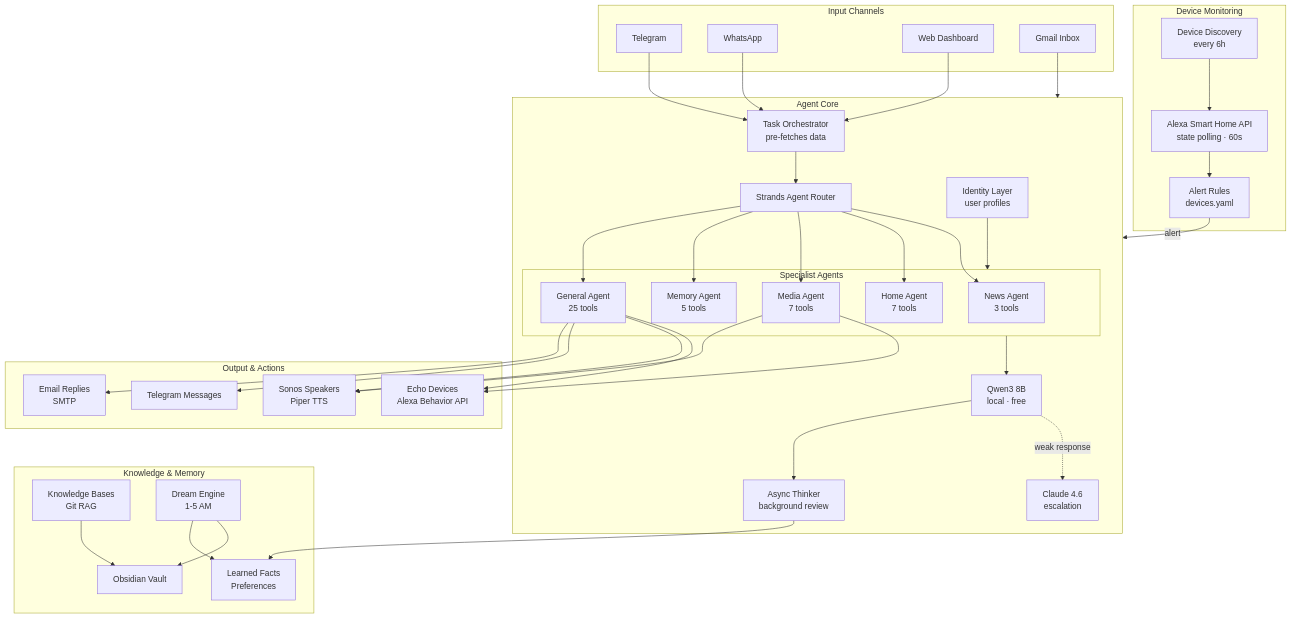
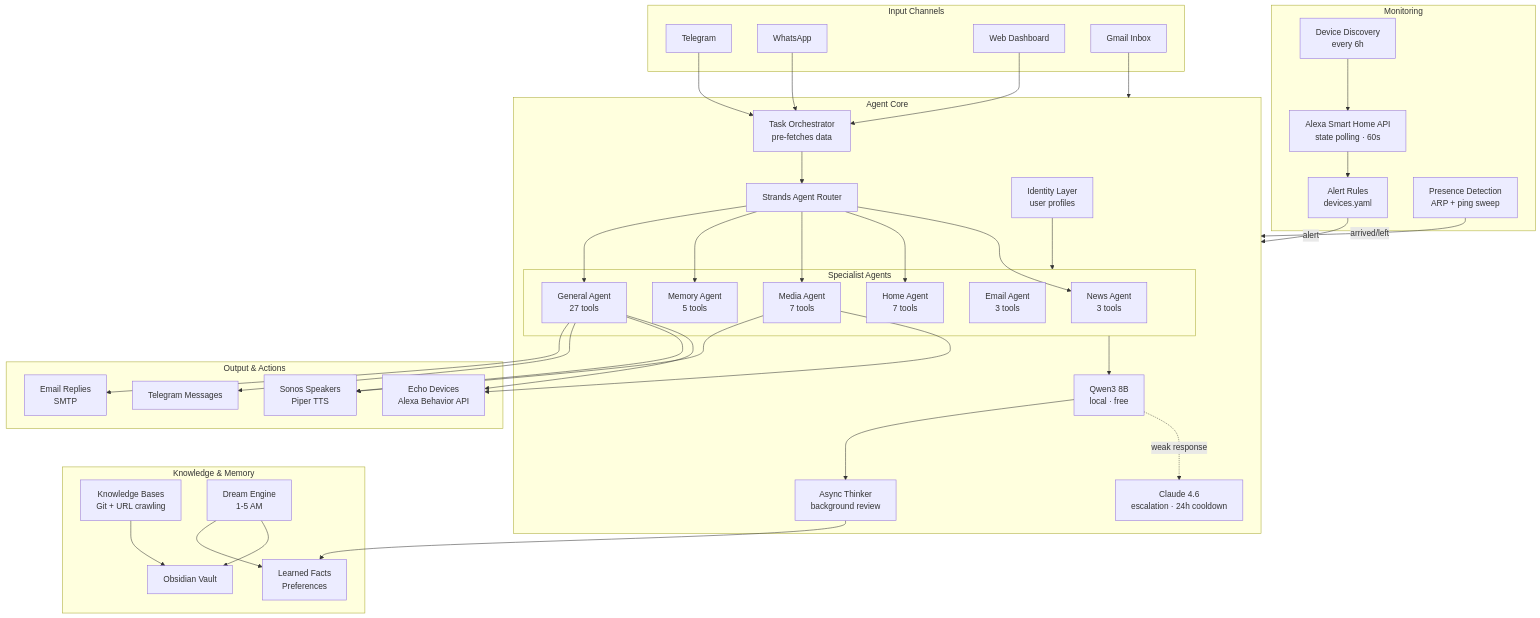
Before and after one commit to sdpoueme/vertex-nova: the first of 3 diagrams in README.md, drawn with Mermaid. The commit also changed other lines of this file and 1 other file, not shown here.

Commit message:
Docs: presence detection, URL KB crawling, email compose, 27 tools, voice mode, image queue, 24h Claude cooldown

````diff
--- a/README.md
+++ b/README.md
@@ -16,68 +16,71 @@
 ```mermaid
 graph TB
     subgraph Input["Input Channels"]
         TG[Telegram]
         WA[WhatsApp]
         WEB[Web Dashboard]
         EMAIL_IN[Gmail Inbox]
     end
 
     subgraph Core["Agent Core"]
         ORCH[Task Orchestrator<br/>pre-fetches data]
         ROUTER[Strands Agent Router]
         subgraph Agents["Specialist Agents"]
             NEWS[News Agent<br/>3 tools]
             HOME[Home Agent<br/>7 tools]
             MEDIA[Media Agent<br/>7 tools]
             MEM[Memory Agent<br/>5 tools]
-            GEN[General Agent<br/>25 tools]
+            EMAIL[Email Agent<br/>3 tools]
+            GEN[General Agent<br/>27 tools]
         end
         OLLAMA[Qwen3 8B<br/>local · free]
-        CLAUDE[Claude 4.6<br/>escalation]
+        CLAUDE[Claude 4.6<br/>escalation · 24h cooldown]
         THINKER[Async Thinker<br/>background review]
         IDENTITY[Identity Layer<br/>user profiles]
     end
 
     subgraph Output["Output & Actions"]
         ECHO[Echo Devices<br/>Alexa Behavior API]
         SONOS[Sonos Speakers<br/>Piper TTS]
         TG_OUT[Telegram Messages]
         EMAIL_OUT[Email Replies<br/>SMTP]
     end
 
-    subgraph Monitor["Device Monitoring"]
+    subgraph Monitor["Monitoring"]
         ALEXA_API[Alexa Smart Home API<br/>state polling · 60s]
         DISCOVER[Device Discovery<br/>every 6h]
         RULES[Alert Rules<br/>devices.yaml]
+        PRESENCE[Presence Detection<br/>ARP + ping sweep]
     end
 
     subgraph Knowledge["Knowledge & Memory"]
         VAULT[Obsidian Vault]
-        KB[Knowledge Bases<br/>Git RAG]
+        KB[Knowledge Bases<br/>Git + URL crawling]
         DREAM[Dream Engine<br/>1-5 AM]
         MEMORIES[Learned Facts<br/>Preferences]
     end
 
     TG --> ORCH
     WA --> ORCH
     WEB --> ORCH
     EMAIL_IN --> Core
 
     ORCH --> ROUTER
     ROUTER --> NEWS & HOME & MEDIA & MEM & GEN
     Agents --> OLLAMA
     OLLAMA -.->|weak response| CLAUDE
     OLLAMA --> THINKER
     IDENTITY --> Agents
 
     GEN --> ECHO & SONOS & TG_OUT & EMAIL_OUT
     MEDIA --> ECHO & SONOS
 
     ALEXA_API --> RULES
     DISCOVER --> ALEXA_API
     RULES -->|alert| Core
+    PRESENCE -->|arrived/left| Core
 
     DREAM --> VAULT & MEMORIES
     KB --> VAULT
     THINKER --> MEMORIES
 ```
````
